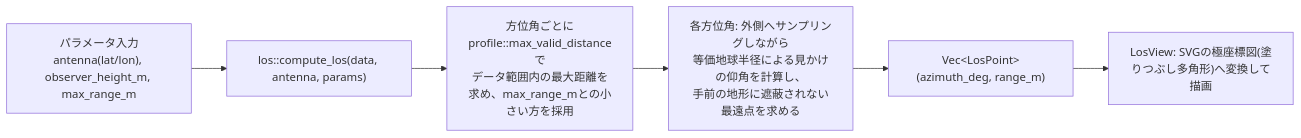
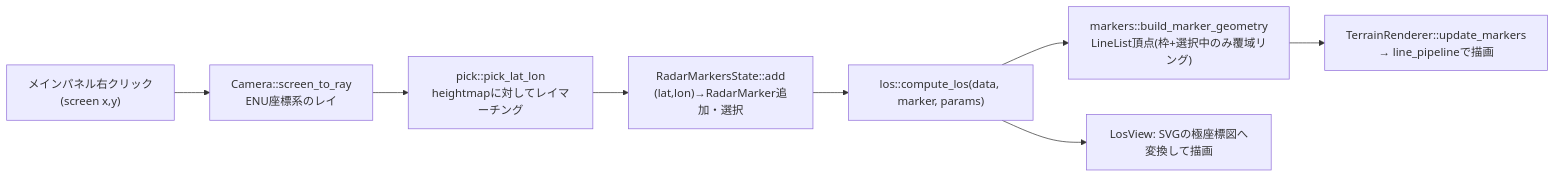
One commit to ham1a6/SimulationView changed diagram 15 of 17 in DETAILED_DESIGN.md. Above: the diagram before and after it, drawn with Mermaid. The commit also changed other lines of this file and 16 other files, not shown here.

First line of the commit message:
見通し範囲をタブでの手入力から地図上の右クリック追加方式に再設計、断面図に覆域表示を追加

````diff
--- a/DETAILED_DESIGN.md
+++ b/DETAILED_DESIGN.md
@@ -911,8 +935,10 @@
 ```mermaid
 flowchart LR
-    A["パラメータ入力<br/>antenna(lat/lon), observer_height_m, max_range_m"] --> B["los::compute_los(data, antenna, params)"]
-    B --> C["方位角ごとにprofile::max_valid_distanceで<br/>データ範囲内の最大距離を求め、max_range_mとの小さい方を採用"]
-    C --> D["各方位角: 外側へサンプリングしながら<br/>等価地球半径による見かけの仰角を計算し、<br/>手前の地形に遮蔽されない最遠点を求める"]
-    D --> E["Vec&lt;LosPoint&gt;(azimuth_deg, range_m)"]
-    E --> F["LosView: SVGの極座標図(塗りつぶし多角形)へ変換して描画"]
+    A["メインパネル右クリック<br/>(screen x,y)"] --> B["Camera::screen_to_ray<br/>ENU座標系のレイ"]
+    B --> C["pick::pick_lat_lon<br/>heightmapに対してレイマーチング"]
+    C --> D["RadarMarkersState::add<br/>(lat,lon)→RadarMarker追加・選択"]
+    D --> E["los::compute_los(data, marker, params)"]
+    E --> F["markers::build_marker_geometry<br/>LineList頂点(枠+選択中のみ覆域リング)"]
+    F --> G["TerrainRenderer::update_markers<br/>→ line_pipelineで描画"]
+    E --> H["LosView: SVGの極座標図へ変換して描画"]
 ```
````
